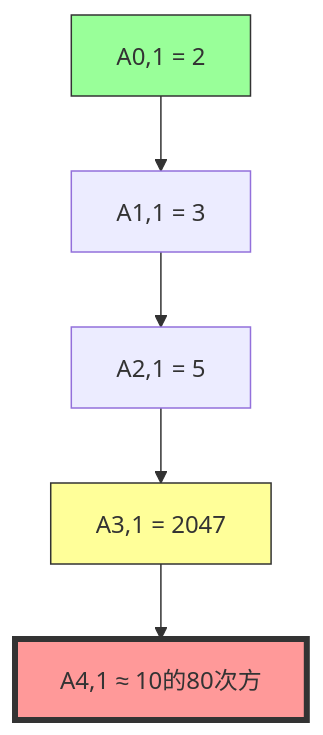
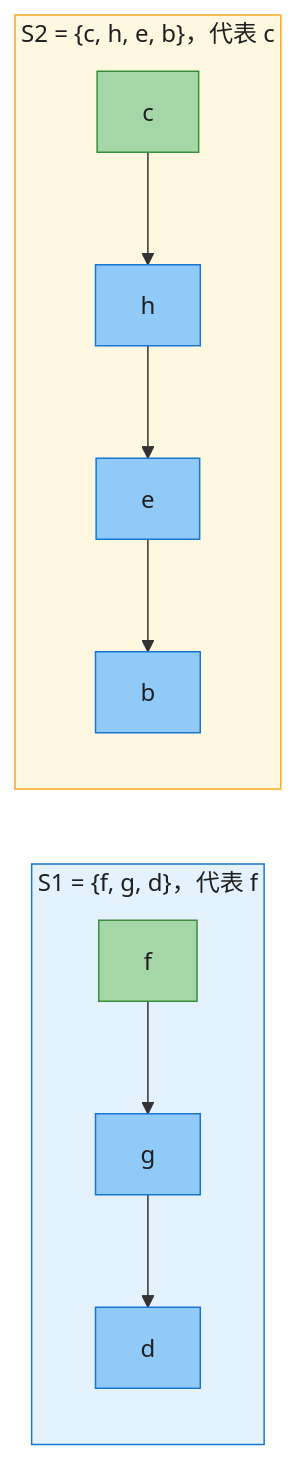
The third of 6 diagrams in IntroductionToAlgorithms/Chapter19_不相交集合_深度版.md (socoo123/book_reading), drawn with Mermaid before and after one commit. The commit also changed other lines of this file and 30 other files, not shown here.

````diff
--- a/IntroductionToAlgorithms/Chapter19_不相交集合_深度版.md
+++ b/IntroductionToAlgorithms/Chapter19_不相交集合_深度版.md
@@ -342,11 +118,16 @@
 ```mermaid
-flowchart TD
-    A["A0,1 = 2"] --> B["A1,1 = 3"]
-    B --> C["A2,1 = 5"]
-    C --> D["A3,1 = 2047"]
-    D --> E["A4,1 ≈ 10的80次方"]
+graph LR
+    subgraph SG1["S1 = {f, g, d}，代表 f"]
+        n1["f"] --> n2["g"] --> n3["d"]
+    end
+    subgraph SG2["S2 = {c, h, e, b}，代表 c"]
+        n4["c"] --> n5["h"] --> n6["e"] --> n7["b"]
+    end
 
-    style A fill:#9f9,stroke:#333
-    style D fill:#ff9,stroke:#333
-    style E fill:#f99,stroke:#333,stroke-width:4px
+    classDef rep fill:#A5D6A7,stroke:#388E3C,color:#1f1f1f
+    classDef normal fill:#90CAF9,stroke:#1976D2,color:#1f1f1f
+    class n1,n4 rep
+    class n2,n3,n5,n6,n7 normal
+    style SG1 fill:#E3F2FD,stroke:#1976D2,color:#1f1f1f
+    style SG2 fill:#FFF8E1,stroke:#F9A825,color:#1f1f1f
 ```
````
